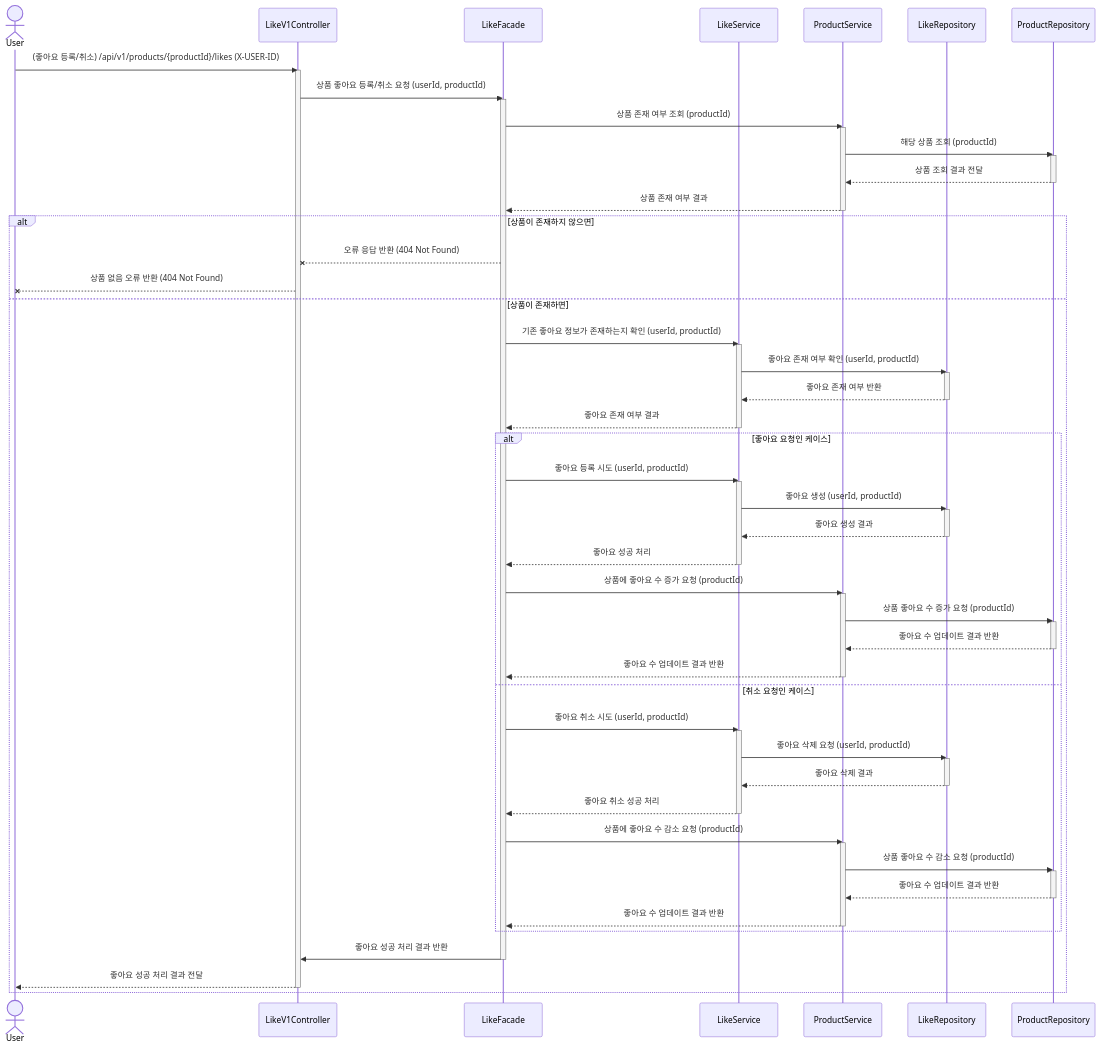
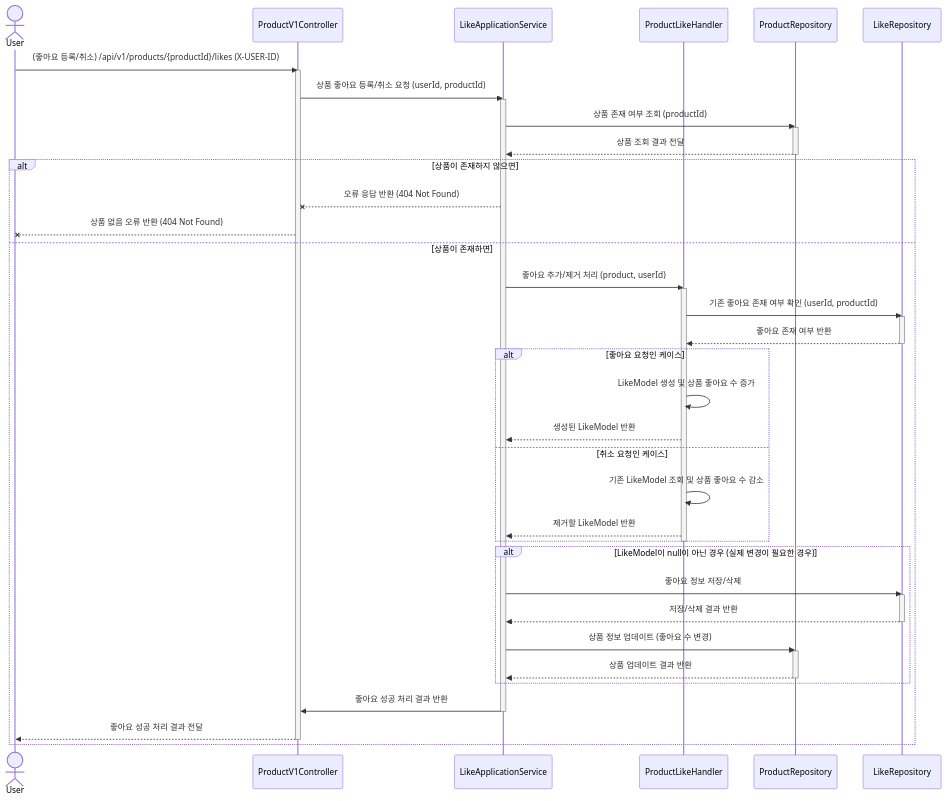
One commit to maiorem/e-commerce changed the first of 5 diagrams in docs/design/02-sequence-diagrams.md. Above: the diagram before and after it, drawn with Mermaid. The commit also changed other lines of this file and 77 other files, not shown here.

````diff
--- a/docs/design/02-sequence-diagrams.md
+++ b/docs/design/02-sequence-diagrams.md
@@ -7,76 +7,55 @@
 ```mermaid
 sequenceDiagram
     actor User
-    participant LikeV1Controller
-    participant LikeFacade
-    participant LikeService
-    participant ProductService
+    participant ProductV1Controller
+    participant LikeApplicationService
+    participant ProductLikeHandler
+    participant ProductRepository
     participant LikeRepository
-    participant ProductRepository
 
-    User->>LikeV1Controller: (좋아요 등록/취소) /api/v1/products/{productId}/likes (X-USER-ID)
-    activate LikeV1Controller
-    LikeV1Controller->>LikeFacade: 상품 좋아요 등록/취소 요청 (userId, productId)
-    activate LikeFacade
-    LikeFacade->>ProductService: 상품 존재 여부 조회 (productId)
-    activate ProductService
-    ProductService->>ProductRepository: 해당 상품 조회 (productId)
+    User->>ProductV1Controller: (좋아요 등록/취소) /api/v1/products/{productId}/likes (X-USER-ID)
+    activate ProductV1Controller
+    ProductV1Controller->>LikeApplicationService: 상품 좋아요 등록/취소 요청 (userId, productId)
+    activate LikeApplicationService
+    LikeApplicationService->>ProductRepository: 상품 존재 여부 조회 (productId)
     activate ProductRepository
-    ProductRepository-->>ProductService: 상품 조회 결과 전달
+    ProductRepository-->>LikeApplicationService: 상품 조회 결과 전달
     deactivate ProductRepository
-    ProductService-->>LikeFacade: 상품 존재 여부 결과
-    deactivate ProductService
 
     alt 상품이 존재하지 않으면
-        LikeFacade--xLikeV1Controller: 오류 응답 반환 (404 Not Found)
-        LikeV1Controller--xUser: 상품 없음 오류 반환 (404 Not Found)
+        LikeApplicationService--xProductV1Controller: 오류 응답 반환 (404 Not Found)
+        ProductV1Controller--xUser: 상품 없음 오류 반환 (404 Not Found)
     else 상품이 존재하면
-        LikeFacade->>LikeService: 기존 좋아요 정보가 존재하는지 확인 (userId, productId)
-        activate LikeService
-        LikeService->>LikeRepository: 좋아요 존재 여부 확인 (userId, productId)
+        LikeApplicationService->>ProductLikeHandler: 좋아요 추가/제거 처리 (product, userId)
+        activate ProductLikeHandler
+        ProductLikeHandler->>LikeRepository: 기존 좋아요 존재 여부 확인 (userId, productId)
         activate LikeRepository
-        LikeRepository-->>LikeService: 좋아요 존재 여부 반환
+        LikeRepository-->>ProductLikeHandler: 좋아요 존재 여부 반환
         deactivate LikeRepository
-        LikeService-->>LikeFacade: 좋아요 존재 여부 결과
-        deactivate LikeService
+        
         alt 좋아요 요청인 케이스
-            LikeFacade->>LikeService: 좋아요 등록 시도 (userId, productId)
-            activate LikeService
-            LikeService->>LikeRepository: 좋아요 생성 (userId, productId)
+            ProductLikeHandler->>ProductLikeHandler: LikeModel 생성 및 상품 좋아요 수 증가
+            ProductLikeHandler-->>LikeApplicationService: 생성된 LikeModel 반환
+        else 취소 요청인 케이스
+            ProductLikeHandler->>ProductLikeHandler: 기존 LikeModel 조회 및 상품 좋아요 수 감소
+            ProductLikeHandler-->>LikeApplicationService: 제거할 LikeModel 반환
+        end
+        deactivate ProductLikeHandler
+        
+        alt LikeModel이 null이 아닌 경우 (실제 변경이 필요한 경우)
+            LikeApplicationService->>LikeRepository: 좋아요 정보 저장/삭제
             activate LikeRepository
-            LikeRepository-->>LikeService: 좋아요 생성 결과
+            LikeRepository-->>LikeApplicationService: 저장/삭제 결과 반환
             deactivate LikeRepository
-            LikeService-->>LikeFacade: 좋아요 성공 처리
-            deactivate LikeService
-            LikeFacade->>ProductService: 상품에 좋아요 수 증가 요청 (productId)
-            activate ProductService
-            ProductService->>ProductRepository: 상품 좋아요 수 증가 요청 (productId)
+            LikeApplicationService->>ProductRepository: 상품 정보 업데이트 (좋아요 수 변경)
             activate ProductRepository
-            ProductRepository-->>ProductService: 좋아요 수 업데이트 결과 반환
+            ProductRepository-->>LikeApplicationService: 상품 업데이트 결과 반환
             deactivate ProductRepository
-            ProductService-->>LikeFacade: 좋아요 수 업데이트 결과 반환
-            deactivate ProductService
-        else 취소 요청인 케이스
-            LikeFacade->>LikeService: 좋아요 취소 시도 (userId, productId)
-            activate LikeService
-            LikeService->>LikeRepository: 좋아요 삭제 요청 (userId, productId)
-            activate LikeRepository
-            LikeRepository-->>LikeService: 좋아요 삭제 결과
-            deactivate LikeRepository
-            LikeService-->>LikeFacade: 좋아요 취소 성공 처리
-            deactivate LikeService
-            LikeFacade->>ProductService: 상품에 좋아요 수 감소 요청 (productId)
-            activate ProductService
-            ProductService->>ProductRepository: 상품 좋아요 수 감소 요청 (productId)
-            activate ProductRepository
-            ProductRepository-->>ProductService: 좋아요 수 업데이트 결과 반환
-            deactivate ProductRepository
-            ProductService-->>LikeFacade: 좋아요 수 업데이트 결과 반환
-            deactivate ProductService
         end
-        LikeFacade->>LikeV1Controller: 좋아요 성공 처리 결과 반환
-        deactivate LikeFacade
-        LikeV1Controller-->>User: 좋아요 성공 처리 결과 전달
-        deactivate LikeV1Controller
+        
+        LikeApplicationService->>ProductV1Controller: 좋아요 성공 처리 결과 반환
+        deactivate LikeApplicationService
+        ProductV1Controller-->>User: 좋아요 성공 처리 결과 전달
+        deactivate ProductV1Controller
     end
 ```
````
